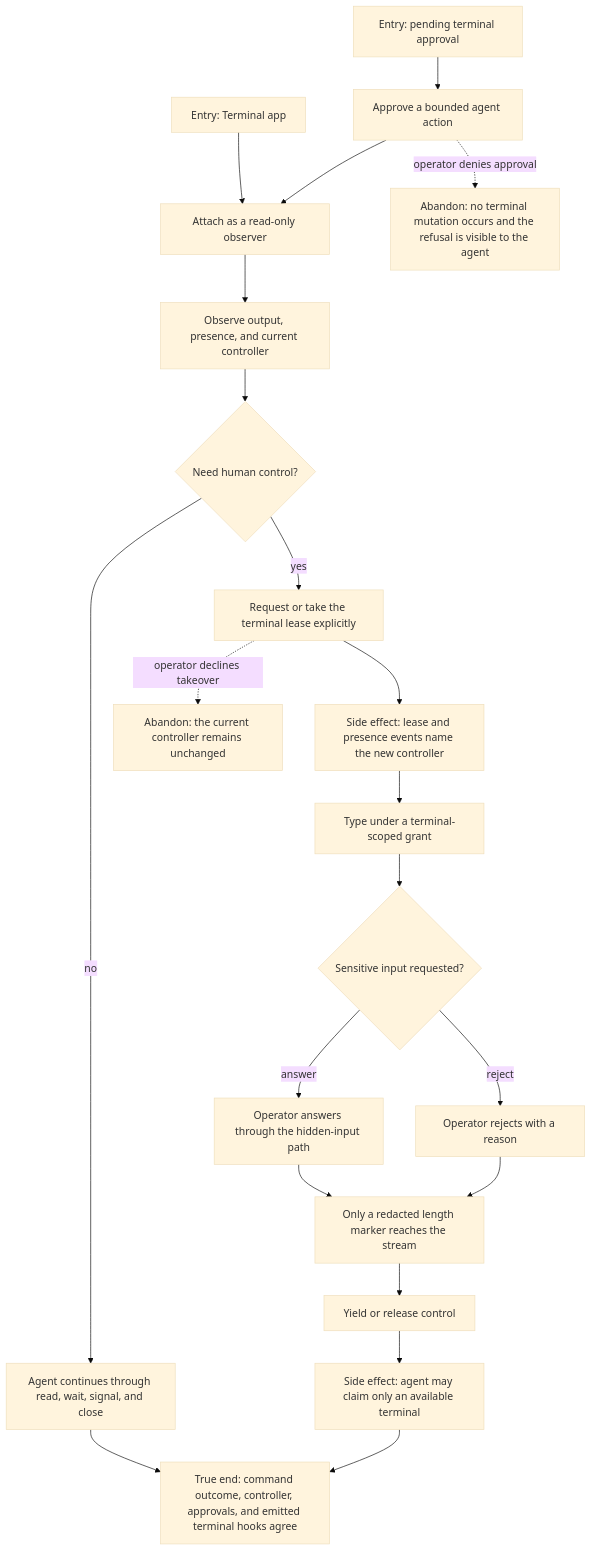
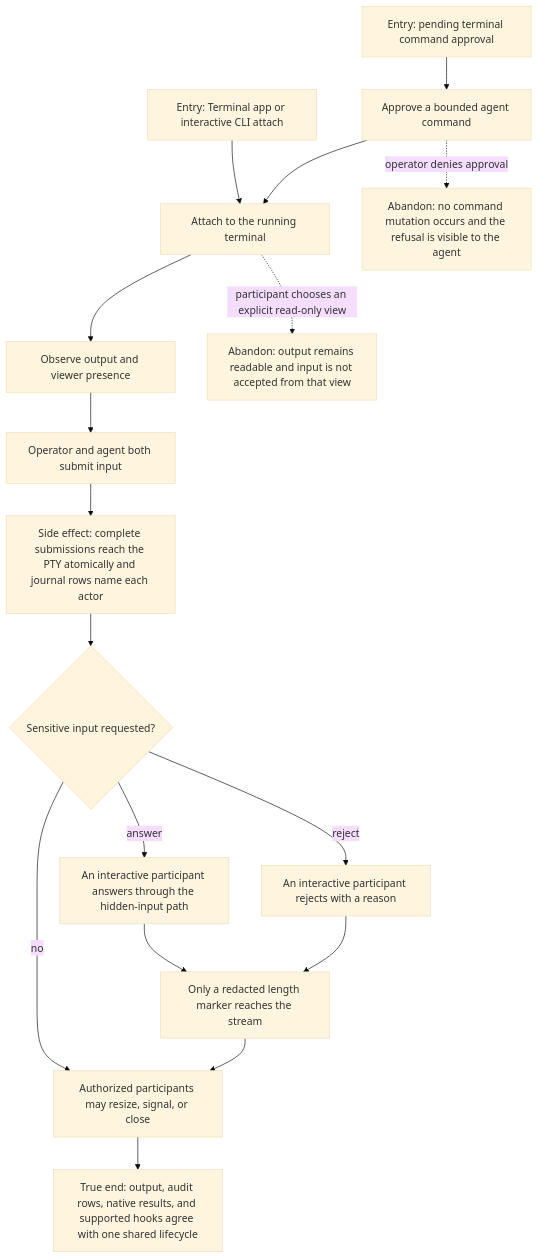
One commit to compozy/compozy changed the diagram in docs/qa/journeys/J-supervise-agent-terminal.md. Above: the diagram before and after it, drawn with Mermaid (base theme). The commit also changed other lines of this file and 444 other files, not shown here.

````diff
--- a/docs/qa/journeys/J-supervise-agent-terminal.md
+++ b/docs/qa/journeys/J-supervise-agent-terminal.md
@@ -6,23 +7,19 @@
 ```mermaid
 flowchart TD
-  A1[Entry: pending terminal approval] --> B[Approve a bounded agent action]
-  A2[Entry: Terminal app] --> C[Attach as a read-only observer]
+  A1[Entry: pending terminal command approval] --> B[Approve a bounded agent command]
+  A2[Entry: Terminal app or interactive CLI attach] --> C[Attach to the running terminal]
   B --> C
-  C --> D[Observe output, presence, and current controller]
-  D --> E{Need human control?}
-  E -->|no| F[Agent continues through read, wait, signal, and close]
-  E -->|yes| G[Request or take the terminal lease explicitly]
-  G --> H[Side effect: lease and presence events name the new controller]
-  H --> I[Type under a terminal-scoped grant]
-  I --> J{Sensitive input requested?}
-  J -->|answer| K[Operator answers through the hidden-input path]
-  J -->|reject| L[Operator rejects with a reason]
-  K --> M[Only a redacted length marker reaches the stream]
-  L --> M
-  M --> N[Yield or release control]
-  N --> O[Side effect: agent may claim only an available terminal]
-  F --> Z[True end: command outcome, controller, approvals, and emitted terminal hooks agree]
-  O --> Z
-  B -.->|operator denies approval| X1[Abandon: no terminal mutation occurs and the refusal is visible to the agent]
-  G -.->|operator declines takeover| X2[Abandon: the current controller remains unchanged]
+  C --> D[Observe output and viewer presence]
+  D --> E[Operator and agent both submit input]
+  E --> F[Side effect: complete submissions reach the PTY atomically and journal rows name each actor]
+  F --> G{Sensitive input requested?}
+  G -->|answer| H[An interactive participant answers through the hidden-input path]
+  G -->|reject| I[An interactive participant rejects with a reason]
+  H --> J[Only a redacted length marker reaches the stream]
+  I --> J
+  G -->|no| K[Authorized participants may resize, signal, or close]
+  J --> K
+  K --> Z[True end: output, audit rows, native results, and supported hooks agree with one shared lifecycle]
+  B -.->|operator denies approval| X1[Abandon: no command mutation occurs and the refusal is visible to the agent]
+  C -.->|participant chooses an explicit read-only view| X2[Abandon: output remains readable and input is not accepted from that view]
 ```
````
